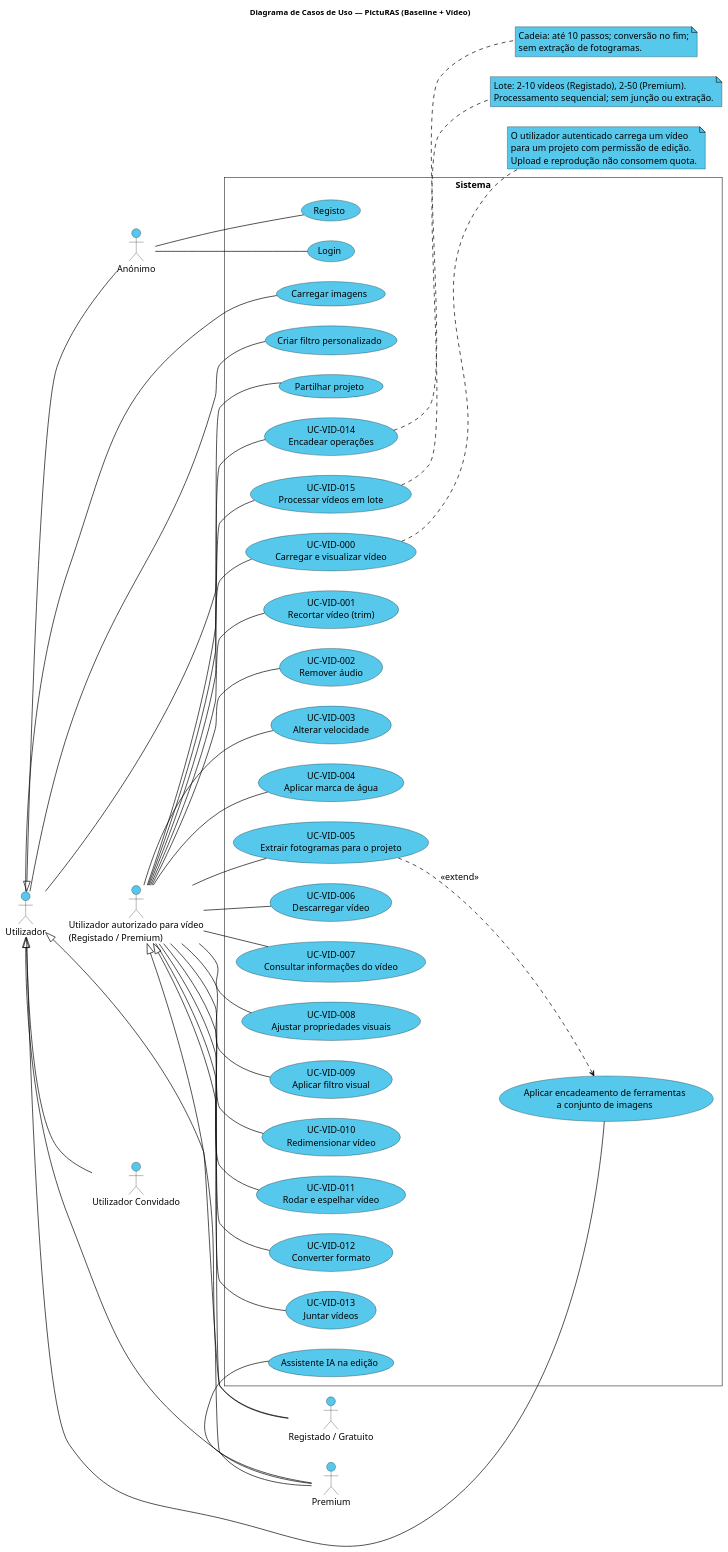
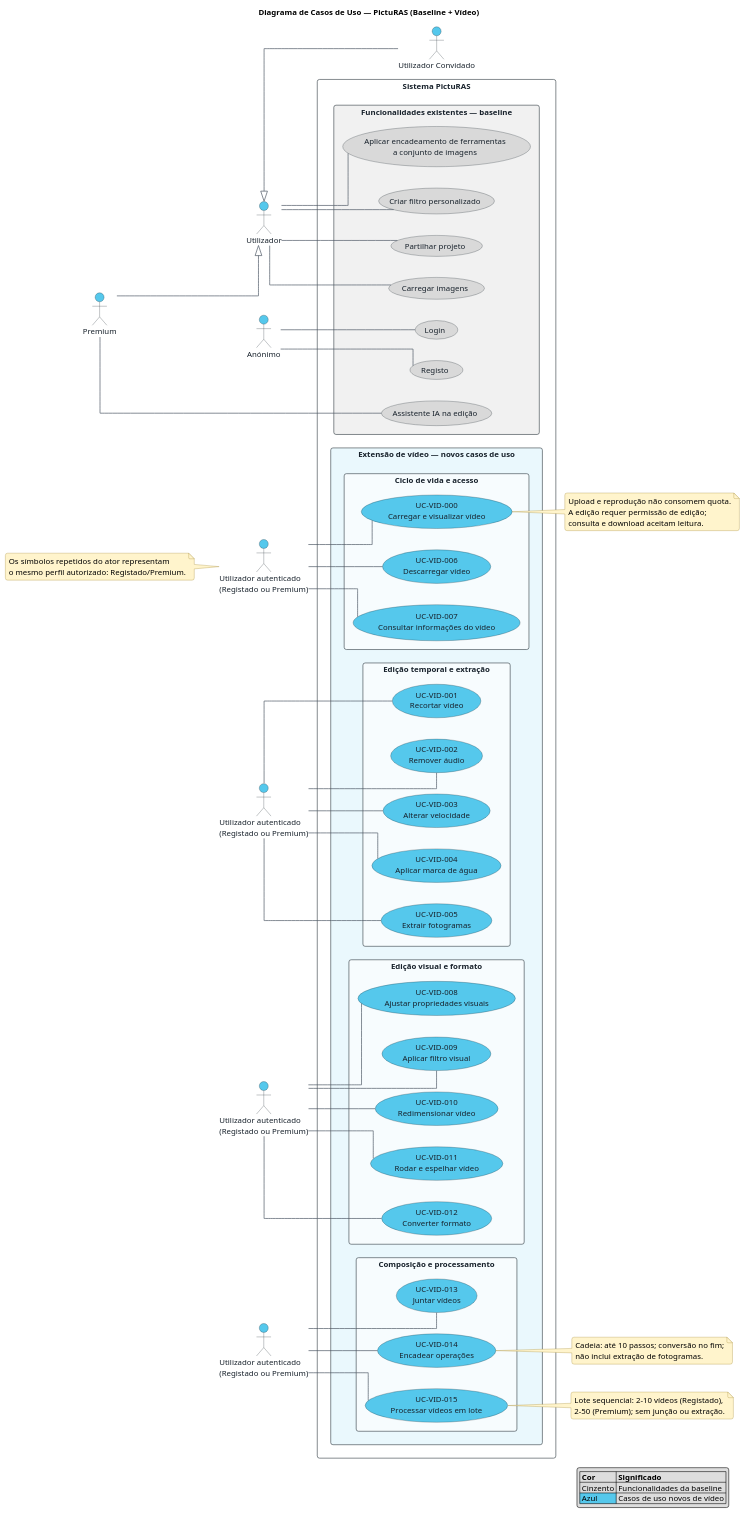
One commit to luis444coelho/picturas-27-extension changed the diagram in docs/diagrams/diagrama_casos_uso.puml. Above: the diagram before and after it, drawn with PlantUML. The commit also changed 3 other files, not shown here.

Commit message:
Atualização diagramas

```diff
--- a/docs/diagrams/diagrama_casos_uso.puml
+++ b/docs/diagrams/diagrama_casos_uso.puml
@@ -1,110 +1,142 @@
 @startuml diagrama_casos_uso
+
+' Diagrama consolidado: funcionalidades da baseline + extensão de vídeo.
+left to right direction
 skinparam monochrome false
 skinparam shadowing false
-skinparam roundcorner 0
+skinparam linetype ortho
+skinparam packageStyle rectangle
+skinparam roundcorner 8
 skinparam defaultFontName Arial
-skinparam defaultFontSize 16
+skinparam defaultFontSize 14
 skinparam actorStyle stickman
-skinparam usecaseBackgroundColor #55C8EC
-skinparam usecaseBorderColor black
+skinparam ArrowColor #4B5563
+skinparam ArrowThickness 1.2
+skinparam usecaseBorderColor #263238
+skinparam usecaseFontColor #17212B
 skinparam actorBackgroundColor #55C8EC
-skinparam actorBorderColor black
-skinparam ArrowColor black
-skinparam ArrowThickness 1.2
-skinparam noteBackgroundColor #55C8EC
-skinparam noteBorderColor black
-skinparam nodesep 35
-skinparam ranksep 40
-left to right direction
+skinparam actorBorderColor #263238
+skinparam actorFontColor #17212B
+skinparam packageBorderColor #73808C
+skinparam packageFontColor #263238
+skinparam rectangleBorderColor #263238
+skinparam rectangleFontColor #17212B
+skinparam noteBackgroundColor #FFF4CC
+skinparam noteBorderColor #9A7B20
+skinparam nodesep 38
+skinparam ranksep 45
 
 title Diagrama de Casos de Uso — PictuRAS (Baseline + Vídeo)
 
-' Atores e generalizações da baseline
+' Atores da baseline e perfis autorizados para o novo subsistema.
 actor "Anónimo" as Anonimo
 actor "Utilizador" as Utilizador
 actor "Utilizador Convidado" as Convidado
-actor "Registado / Gratuito" as Gratuito
 actor "Premium" as Premium
-actor "Utilizador autorizado para vídeo\n(Registado / Premium)" as UtilizadorVideo
+actor "Utilizador autenticado\n(Registado ou Premium)" as AtorCiclo
+actor "Utilizador autenticado\n(Registado ou Premium)" as AtorEdicaoTemporal
+actor "Utilizador autenticado\n(Registado ou Premium)" as AtorEdicaoVisual
+actor "Utilizador autenticado\n(Registado ou Premium)" as AtorComposicao
 
-Utilizador <|-- Anonimo
-Utilizador <|-- Convidado
-Utilizador <|-- Gratuito
-Utilizador <|-- Premium
-UtilizadorVideo <|-- Gratuito
-UtilizadorVideo <|-- Premium
+Convidado -up-|> Utilizador
+Premium -down-|> Utilizador
 
-rectangle "Sistema" {
-  usecase "Registo" as UC_Registo
-  usecase "Login" as UC_Login
-  usecase "Carregar imagens" as UC_CarregarImagens
-  usecase "Aplicar encadeamento de ferramentas\na conjunto de imagens" as UC_EncadeamentoImagens
-  usecase "Criar filtro personalizado" as UC_FiltroPersonalizado
-  usecase "Partilhar projeto" as UC_Partilhar
-  usecase "Assistente IA na edição" as UC_AssistenteIA
+rectangle "Sistema PictuRAS" {
+  package "Funcionalidades existentes — baseline" as Baseline #F1F1F1 {
+    usecase "Registo" as UC_Registo #D9D9D9
+    usecase "Login" as UC_Login #D9D9D9
+    usecase "Carregar imagens" as UC_CarregarImagens #D9D9D9
+    usecase "Aplicar encadeamento de ferramentas\na conjunto de imagens" as UC_EncadeamentoImagens #D9D9D9
+    usecase "Criar filtro personalizado" as UC_FiltroPersonalizado #D9D9D9
+    usecase "Partilhar projeto" as UC_Partilhar #D9D9D9
+    usecase "Assistente IA na edição" as UC_AssistenteIA #D9D9D9
+  }
 
-  usecase "UC-VID-000\nCarregar e visualizar vídeo" as UC_VID_000
-  usecase "UC-VID-001\nRecortar vídeo (trim)" as UC_VID_001
-  usecase "UC-VID-002\nRemover áudio" as UC_VID_002
-  usecase "UC-VID-003\nAlterar velocidade" as UC_VID_003
-  usecase "UC-VID-004\nAplicar marca de água" as UC_VID_004
-  usecase "UC-VID-005\nExtrair fotogramas para o projeto" as UC_VID_005
-  usecase "UC-VID-006\nDescarregar vídeo" as UC_VID_006
-  usecase "UC-VID-007\nConsultar informações do vídeo" as UC_VID_007
-  usecase "UC-VID-008\nAjustar propriedades visuais" as UC_VID_008
-  usecase "UC-VID-009\nAplicar filtro visual" as UC_VID_009
-  usecase "UC-VID-010\nRedimensionar vídeo" as UC_VID_010
-  usecase "UC-VID-011\nRodar e espelhar vídeo" as UC_VID_011
-  usecase "UC-VID-012\nConverter formato" as UC_VID_012
-  usecase "UC-VID-013\nJuntar vídeos" as UC_VID_013
-  usecase "UC-VID-014\nEncadear operações" as UC_VID_014
-  usecase "UC-VID-015\nProcessar vídeos em lote" as UC_VID_015
+  package "Extensão de vídeo — novos casos de uso" as Video #EAF8FD {
+    package "Ciclo de vida e acesso" as Ciclo #F7FCFE {
+      usecase "UC-VID-000\nCarregar e visualizar vídeo" as UC_VID_000 #55C8EC
+      usecase "UC-VID-006\nDescarregar vídeo" as UC_VID_006 #55C8EC
+      usecase "UC-VID-007\nConsultar informações do vídeo" as UC_VID_007 #55C8EC
+    }
+
+    package "Edição temporal e extração" as EdicaoTemporal #F7FCFE {
+      usecase "UC-VID-001\nRecortar vídeo" as UC_VID_001 #55C8EC
+      usecase "UC-VID-002\nRemover áudio" as UC_VID_002 #55C8EC
+      usecase "UC-VID-003\nAlterar velocidade" as UC_VID_003 #55C8EC
+      usecase "UC-VID-004\nAplicar marca de água" as UC_VID_004 #55C8EC
+      usecase "UC-VID-005\nExtrair fotogramas" as UC_VID_005 #55C8EC
+    }
+
+    package "Edição visual e formato" as EdicaoVisual #F7FCFE {
+      usecase "UC-VID-008\nAjustar propriedades visuais" as UC_VID_008 #55C8EC
+      usecase "UC-VID-009\nAplicar filtro visual" as UC_VID_009 #55C8EC
+      usecase "UC-VID-010\nRedimensionar vídeo" as UC_VID_010 #55C8EC
+      usecase "UC-VID-011\nRodar e espelhar vídeo" as UC_VID_011 #55C8EC
+      usecase "UC-VID-012\nConverter formato" as UC_VID_012 #55C8EC
+    }
+
+    package "Composição e processamento" as Composicao #F7FCFE {
+      usecase "UC-VID-013\nJuntar vídeos" as UC_VID_013 #55C8EC
+      usecase "UC-VID-014\nEncadear operações" as UC_VID_014 #55C8EC
+      usecase "UC-VID-015\nProcessar vídeos em lote" as UC_VID_015 #55C8EC
+    }
+  }
 }
 
-' Casos de uso da baseline
+' Associações dos casos de uso da baseline.
 Anonimo -- UC_Registo
 Anonimo -- UC_Login
 Utilizador -- UC_CarregarImagens
 Utilizador -- UC_EncadeamentoImagens
 Utilizador -- UC_FiltroPersonalizado
 Utilizador -- UC_Partilhar
 Premium -- UC_AssistenteIA
 
-' Apenas perfis Registado e Premium acedem aos casos de uso de vídeo.
-UtilizadorVideo -- UC_VID_000
-UtilizadorVideo -- UC_VID_001
-UtilizadorVideo -- UC_VID_002
-UtilizadorVideo -- UC_VID_003
-UtilizadorVideo -- UC_VID_004
-UtilizadorVideo -- UC_VID_005
-UtilizadorVideo -- UC_VID_006
-UtilizadorVideo -- UC_VID_007
-UtilizadorVideo -- UC_VID_008
-UtilizadorVideo -- UC_VID_009
-UtilizadorVideo -- UC_VID_010
-UtilizadorVideo -- UC_VID_011
-UtilizadorVideo -- UC_VID_012
-UtilizadorVideo -- UC_VID_013
-UtilizadorVideo -- UC_VID_014
-UtilizadorVideo -- UC_VID_015
+' Ator repetido por grupo apenas para tornar as associações locais legíveis.
+' Os quatro símbolos representam o mesmo perfil autorizado (Registado/Premium).
+AtorCiclo -- UC_VID_000
+AtorCiclo -- UC_VID_006
+AtorCiclo -- UC_VID_007
+AtorEdicaoTemporal -- UC_VID_001
+AtorEdicaoTemporal -- UC_VID_002
+AtorEdicaoTemporal -- UC_VID_003
+AtorEdicaoTemporal -- UC_VID_004
+AtorEdicaoTemporal -- UC_VID_005
+AtorEdicaoVisual -- UC_VID_008
+AtorEdicaoVisual -- UC_VID_009
+AtorEdicaoVisual -- UC_VID_010
+AtorEdicaoVisual -- UC_VID_011
+AtorEdicaoVisual -- UC_VID_012
+AtorComposicao -- UC_VID_013
+AtorComposicao -- UC_VID_014
+AtorComposicao -- UC_VID_015
 
-' Os fotogramas extraídos passam a ser imagens do projeto.
-UC_VID_005 ..> UC_EncadeamentoImagens : <<extend>>
+' Orientações curtas para políticas específicas sem ligações pontilhadas longas.
+note right of UC_VID_000
+  Upload e reprodução não consomem quota.
+  A edição requer permissão de edição;
+  consulta e download aceitam leitura.
+end note
 
-note right of UC_VID_000
-  O utilizador autenticado carrega um vídeo
-  para um projeto com permissão de edição.
-  Upload e reprodução não consomem quota.
+note left of AtorCiclo
+  Os símbolos repetidos do ator representam
+  o mesmo perfil autorizado: Registado/Premium.
 end note
 
 note right of UC_VID_014
   Cadeia: até 10 passos; conversão no fim;
-  sem extração de fotogramas.
+  não inclui extração de fotogramas.
 end note
 
 note right of UC_VID_015
-  Lote: 2–10 vídeos (Registado), 2–50 (Premium).
-  Processamento sequencial; sem junção ou extração.
+  Lote sequencial: 2–10 vídeos (Registado),
+  2–50 (Premium); sem junção ou extração.
 end note
 
+legend right
+  |= Cor |= Significado |
+  |<#D9D9D9> Cinzento | Funcionalidades da baseline |
+  |<#55C8EC> Azul | Casos de uso novos de vídeo |
+endlegend
+
 @enduml
```
